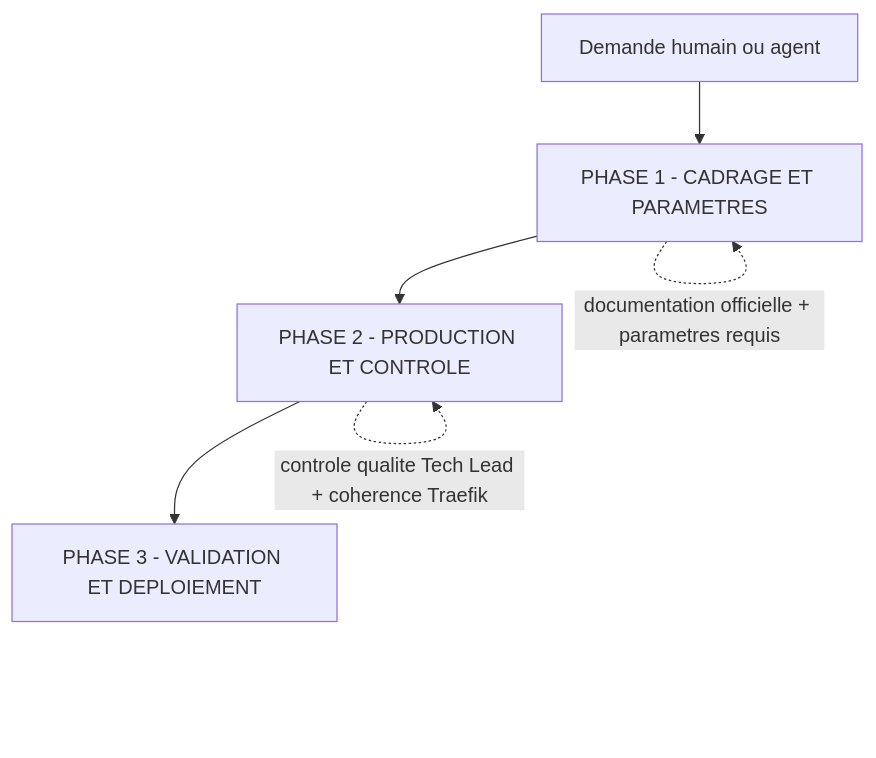
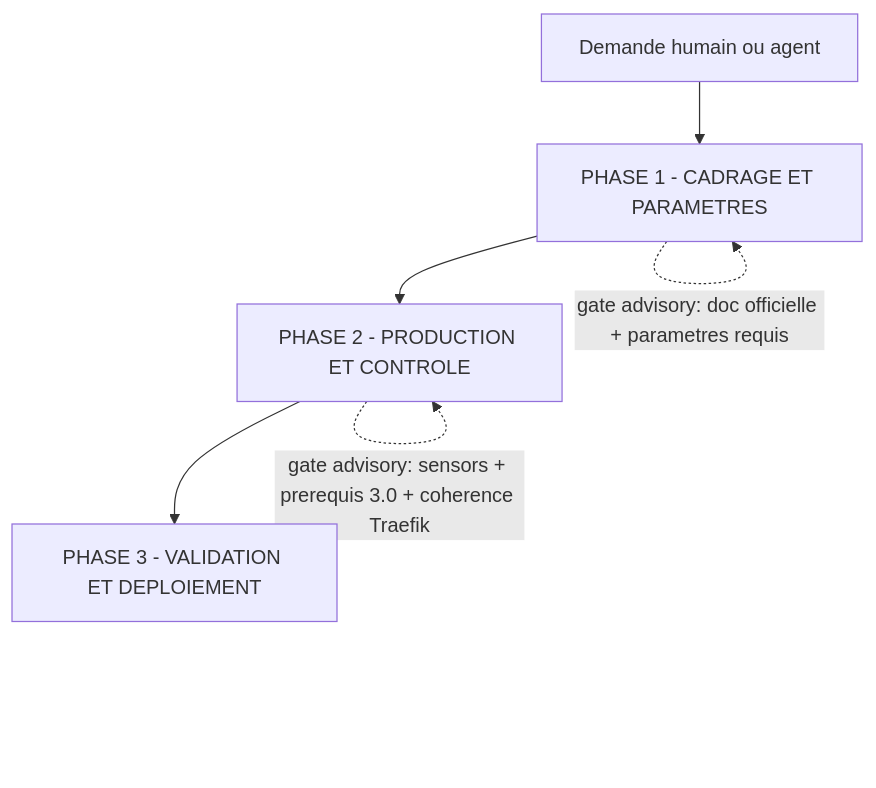
The first of 2 diagrams in docs/homelab-workflow.md (Gsyltc/homelab-portfolio), drawn with Mermaid before and after one commit. The commit also changed other lines of this file and 9 other files, not shown here.

First line of the commit message:
homelab: Stage 4 (ALI-204) — verification gates + sensors advisory

````diff
--- a/docs/homelab-workflow.md
+++ b/docs/homelab-workflow.md
@@ -239,8 +296,8 @@
 ```mermaid
 flowchart TD
     A[Demande humain ou agent] --> B[PHASE 1 - CADRAGE ET PARAMETRES]
     B --> C[PHASE 2 - PRODUCTION ET CONTROLE]
     C --> D[PHASE 3 - VALIDATION ET DEPLOIEMENT]
-    B -.->|documentation officielle + parametres requis| B
-    C -.->|controle qualite Tech Lead + coherence Traefik| C
+    B -.->|gate advisory: doc officielle + parametres requis| B
+    C -.->|gate advisory: sensors + prerequis 3.0 + coherence Traefik| C
 ```
````
